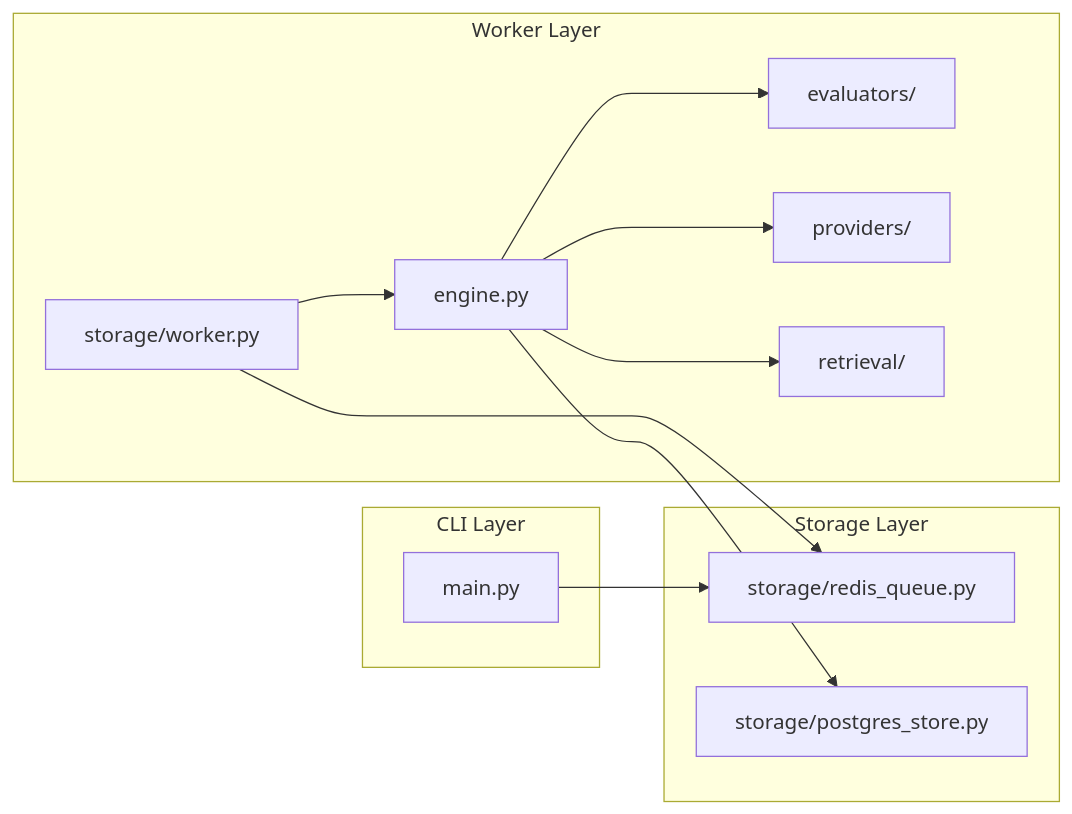
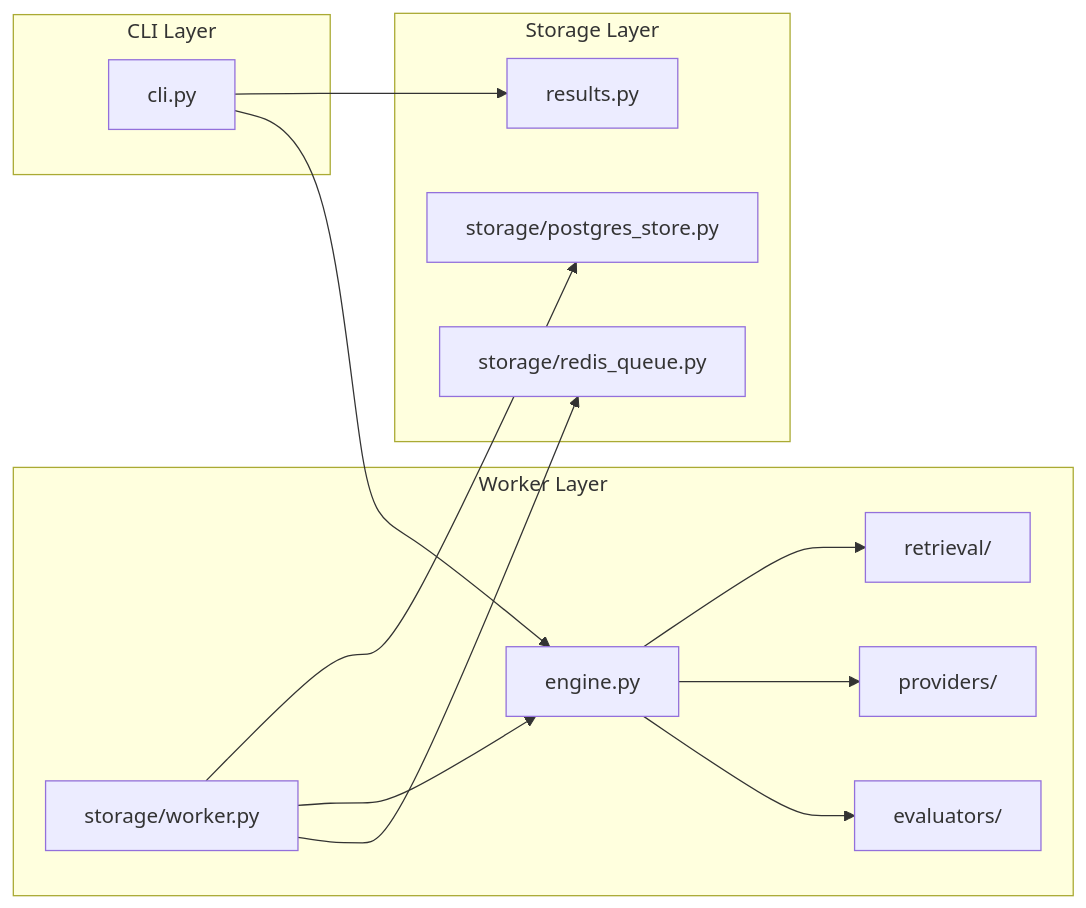
Before and after one commit to avinashankur/evalbench: the third of 3 diagrams in ARCHITECTURE.md, drawn with Mermaid. The commit also changed other lines of this file and 7 other files, not shown here.

````diff
--- a/ARCHITECTURE.md
+++ b/ARCHITECTURE.md
@@ -69,27 +69,29 @@
 ```mermaid
 graph LR
   subgraph CLI Layer
-    CLI[main.py]
+    CLI[cli.py]
   end
 
   subgraph Worker Layer
     Worker[storage/worker.py]
     Engine[engine.py]
     Evaluators[evaluators/]
     Providers[providers/]
     Retrieval[retrieval/]
   end
 
   subgraph Storage Layer
     RedisQueue[storage/redis_queue.py]
     PostgresStore[storage/postgres_store.py]
+    LocalStore[results.py]
   end
 
-  CLI --> RedisQueue
+  CLI --> Engine
+  CLI --> LocalStore
   Worker --> RedisQueue
   Worker --> Engine
   Engine --> Evaluators
   Engine --> Providers
   Engine --> Retrieval
-  Engine --> PostgresStore
+  Worker --> PostgresStore
 ```
````
